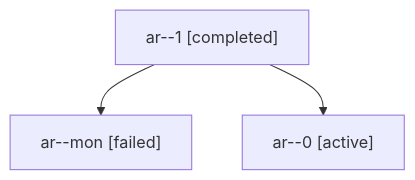
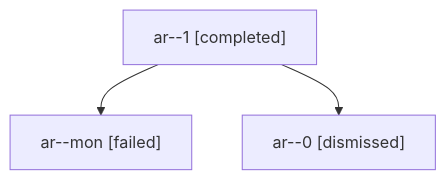
Before and after one commit to sase-org/sase--agents: the diagram in sessions/bbugyi200.athena.ar.md, drawn with Mermaid. The commit also changed other lines of this file and 34 other files, not shown here.

````diff
--- a/sessions/bbugyi200.athena.ar.md
+++ b/sessions/bbugyi200.athena.ar.md
@@ -9,8 +9,8 @@
 ```mermaid
 flowchart TD
   n0["ar--1 [completed]"]
   n1["ar--mon [failed]"]
   n0 --> n1
-  n2["ar--0 [active]"]
+  n2["ar--0 [dismissed]"]
   n0 --> n2
 ```
````
